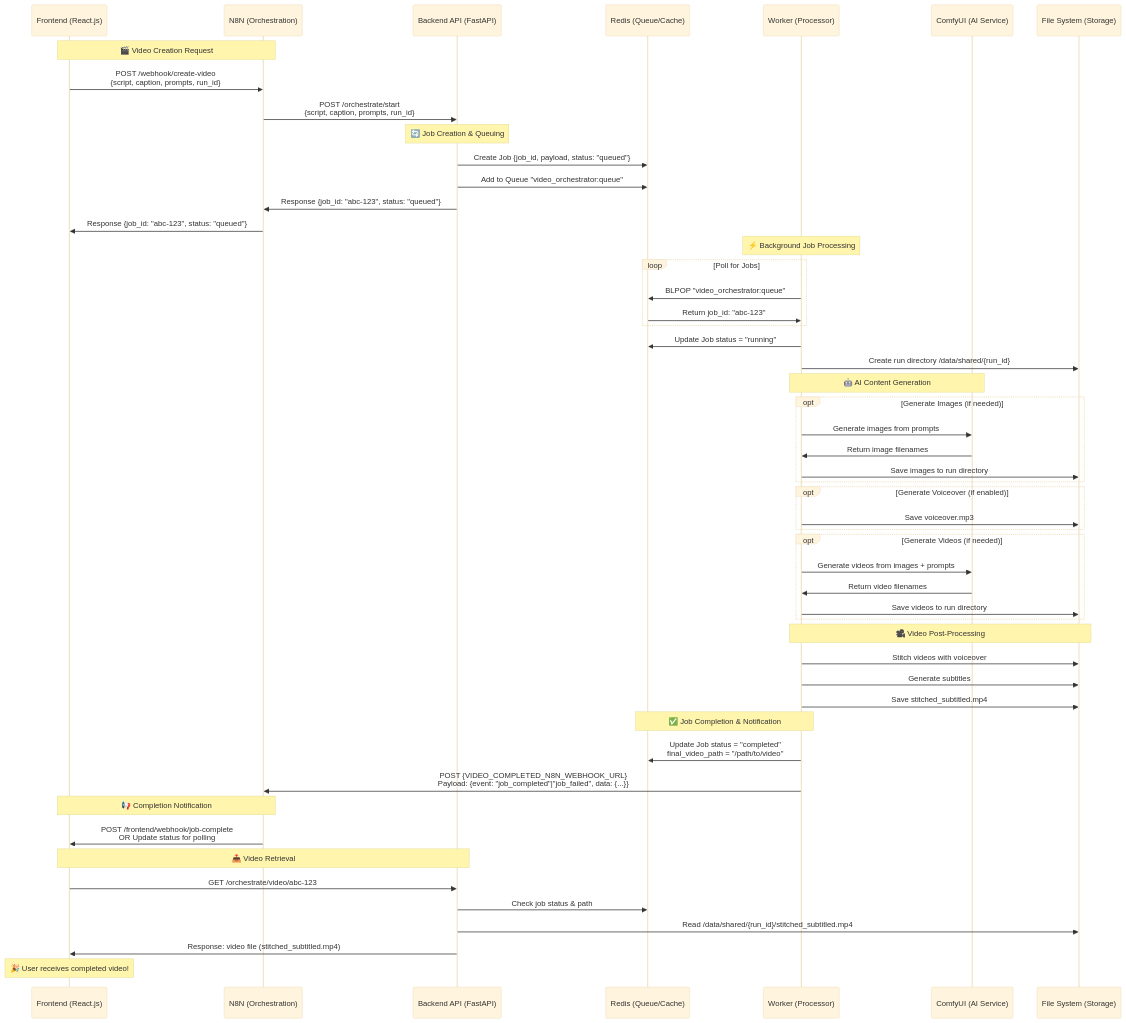
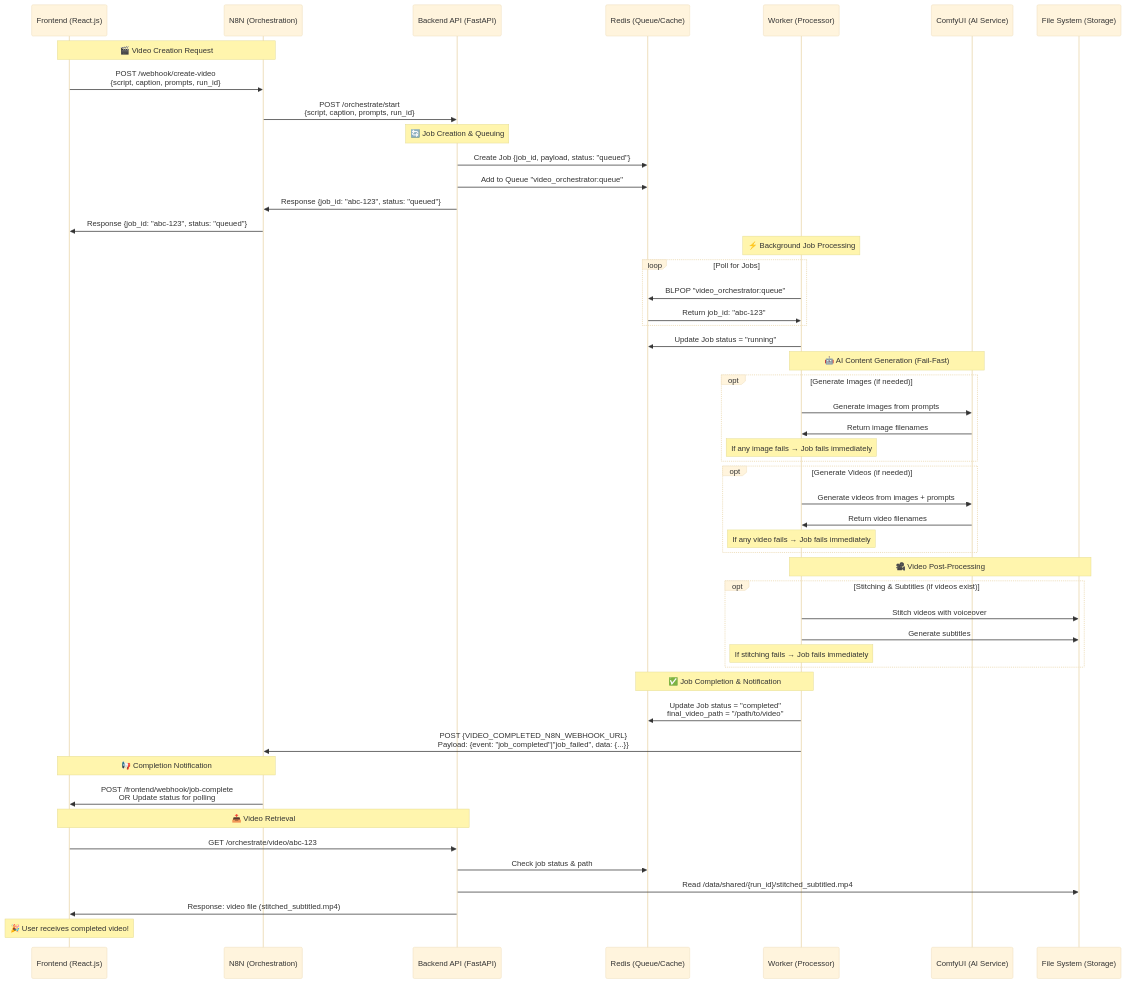
The diagram in VIDEO_PROCESSING_SEQUENCE_DIAGRAM.md (felipecaldas/edit-videos), drawn with Mermaid (base theme) before and after one commit. The commit also changed other lines of this file and 12 other files, not shown here.

````diff
--- a/VIDEO_PROCESSING_SEQUENCE_DIAGRAM.md
+++ b/VIDEO_PROCESSING_SEQUENCE_DIAGRAM.md
@@ -3,66 +3,63 @@
 ```mermaid
 sequenceDiagram
     participant F as Frontend (React.js)
     participant N as N8N (Orchestration)
     participant B as Backend API (FastAPI)
     participant R as Redis (Queue/Cache)
     participant W as Worker (Processor)
     participant C as ComfyUI (AI Service)
     participant FS as File System (Storage)
 
     Note over F,N: 🎬 Video Creation Request
     F->>N: POST /webhook/create-video<br/>{script, caption, prompts, run_id}
     N->>B: POST /orchestrate/start<br/>{script, caption, prompts, run_id}
 
     Note over B: 🔄 Job Creation & Queuing
     B->>R: Create Job {job_id, payload, status: "queued"}
     B->>R: Add to Queue "video_orchestrator:queue"
     B->>N: Response {job_id: "abc-123", status: "queued"}
     N->>F: Response {job_id: "abc-123", status: "queued"}
 
     Note over W: ⚡ Background Job Processing
     loop Poll for Jobs
         W->>R: BLPOP "video_orchestrator:queue"
         R->>W: Return job_id: "abc-123"
     end
 
     W->>R: Update Job status = "running"
-    W->>FS: Create run directory /data/shared/{run_id}
 
-    Note over W,C: 🤖 AI Content Generation
+    Note over W,C: 🤖 AI Content Generation (Fail-Fast)
     opt Generate Images (if needed)
         W->>C: Generate images from prompts
         C->>W: Return image filenames
-        W->>FS: Save images to run directory
-    end
-
-    opt Generate Voiceover (if enabled)
-        W->>FS: Save voiceover.mp3
+        Note over W: If any image fails → Job fails immediately
     end
 
     opt Generate Videos (if needed)
         W->>C: Generate videos from images + prompts
         C->>W: Return video filenames
-        W->>FS: Save videos to run directory
+        Note over W: If any video fails → Job fails immediately
     end
 
     Note over W,FS: 🎥 Video Post-Processing
-    W->>FS: Stitch videos with voiceover
-    W->>FS: Generate subtitles
-    W->>FS: Save stitched_subtitled.mp4
+    opt Stitching & Subtitles (if videos exist)
+        W->>FS: Stitch videos with voiceover
+        W->>FS: Generate subtitles
+        Note over W: If stitching fails → Job fails immediately
+    end
 
     Note over W,R: ✅ Job Completion & Notification
     W->>R: Update Job status = "completed"<br/>final_video_path = "/path/to/video"
     W->>N: POST {VIDEO_COMPLETED_N8N_WEBHOOK_URL}<br/>Payload: {event: "job_completed"|"job_failed", data: {...}}
 
     Note over N,F: 📢 Completion Notification
     N->>F: POST /frontend/webhook/job-complete<br/>OR Update status for polling
 
     Note over F,B: 📥 Video Retrieval
     F->>B: GET /orchestrate/video/abc-123
     B->>R: Check job status & path
     B->>FS: Read /data/shared/{run_id}/stitched_subtitled.mp4
     B->>F: Response: video file (stitched_subtitled.mp4)
 
     Note over F: 🎉 User receives completed video!
 ```
````
